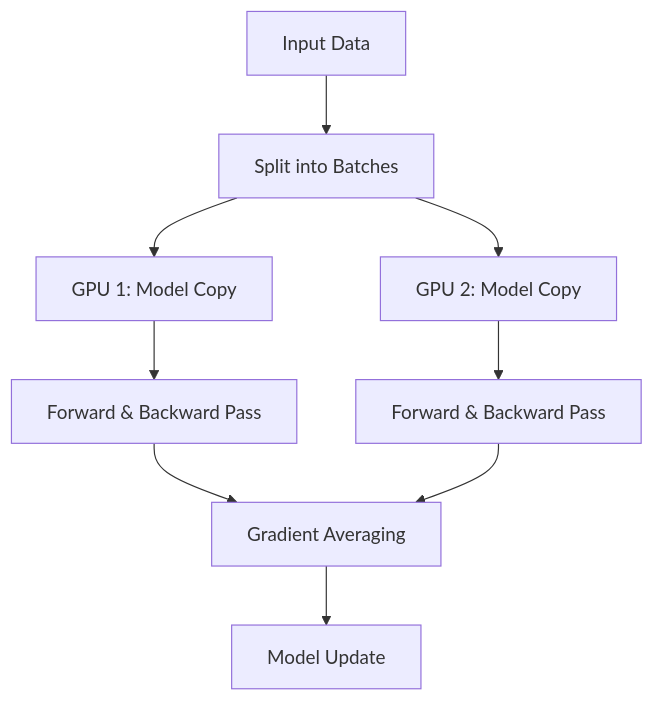
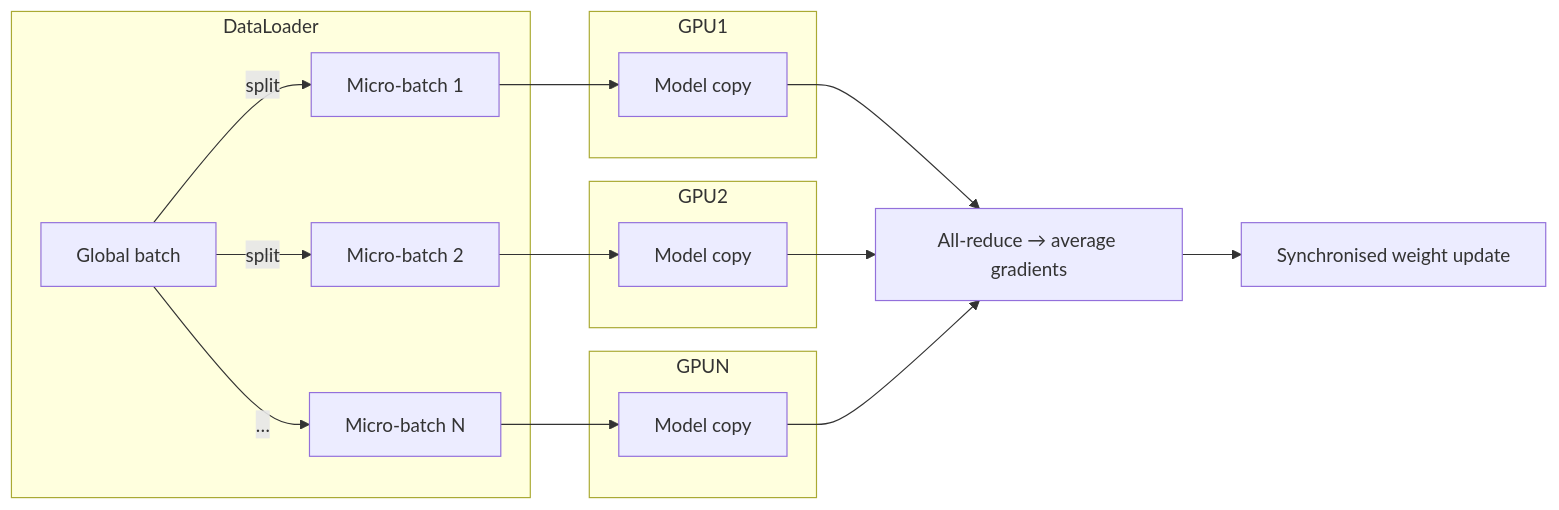
Before and after one commit to slavadubrov/notes: the first of 7 diagrams in docs/blog/posts/2025-04-28-scaling-llms.md, drawn with Mermaid. The commit also changed other lines of this file, not shown here.

````diff
--- a/docs/blog/posts/2025-04-28-scaling-llms.md
+++ b/docs/blog/posts/2025-04-28-scaling-llms.md
@@ -25,11 +30,19 @@
 ```mermaid
-graph TD
-    A[Input Data] --> B[Split into Batches]
-    B --> C1[GPU 1: Model Copy]
-    B --> C2[GPU 2: Model Copy]
-    C1 --> D1[Forward & Backward Pass]
-    C2 --> D2[Forward & Backward Pass]
-    D1 --> E[Gradient Averaging]
-    D2 --> E
-    E --> F[Model Update]
+flowchart LR
+    subgraph DataLoader
+        D[Global batch] --> |split| MB1[Micro‑batch 1]
+        D --> |split| MB2[Micro‑batch 2]
+        D --> |…| MBN[Micro‑batch N]
+    end
+    subgraph GPU1
+        MB1 --> M1[Model copy]
+    end
+    subgraph GPU2
+        MB2 --> M2[Model copy]
+    end
+    subgraph GPUN
+        MBN --> MN[Model copy]
+    end
+    M1 & M2 & MN --> G[All‑reduce → average gradients]
+    G --> U[Synchronised weight update]
 ```
````
